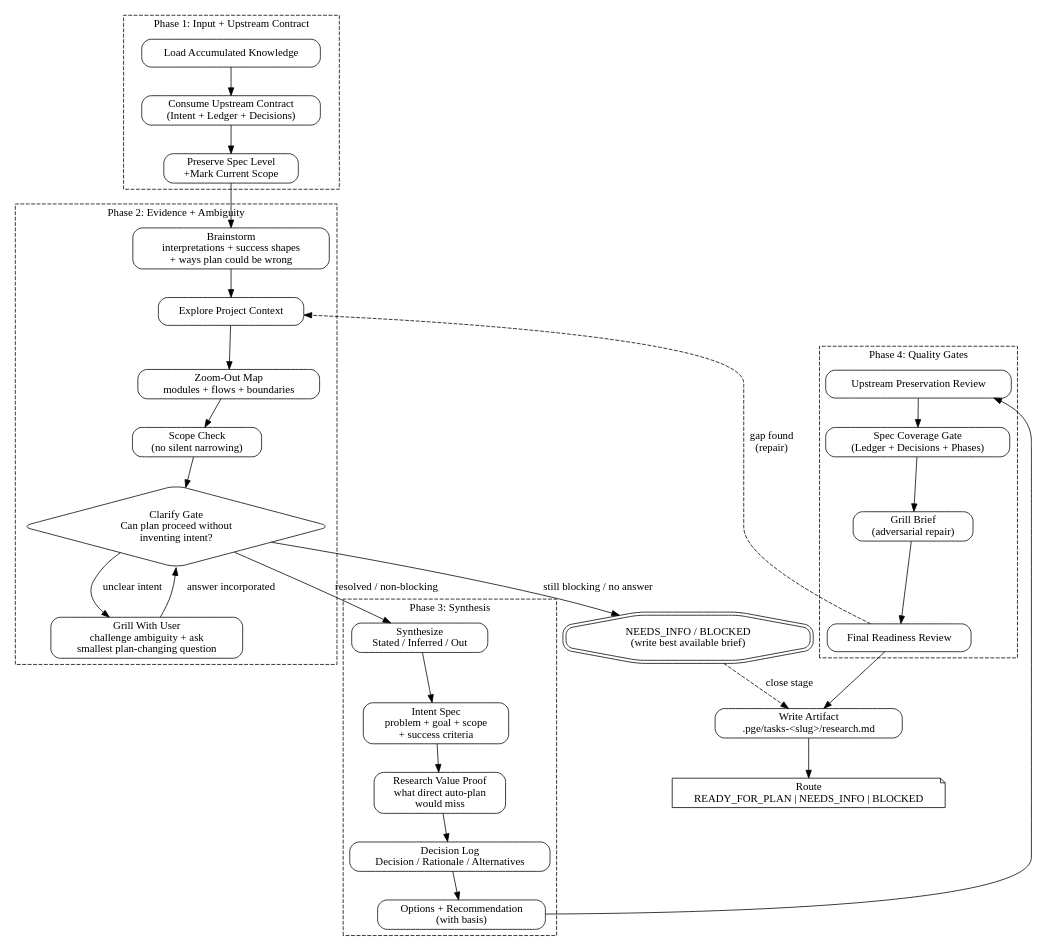
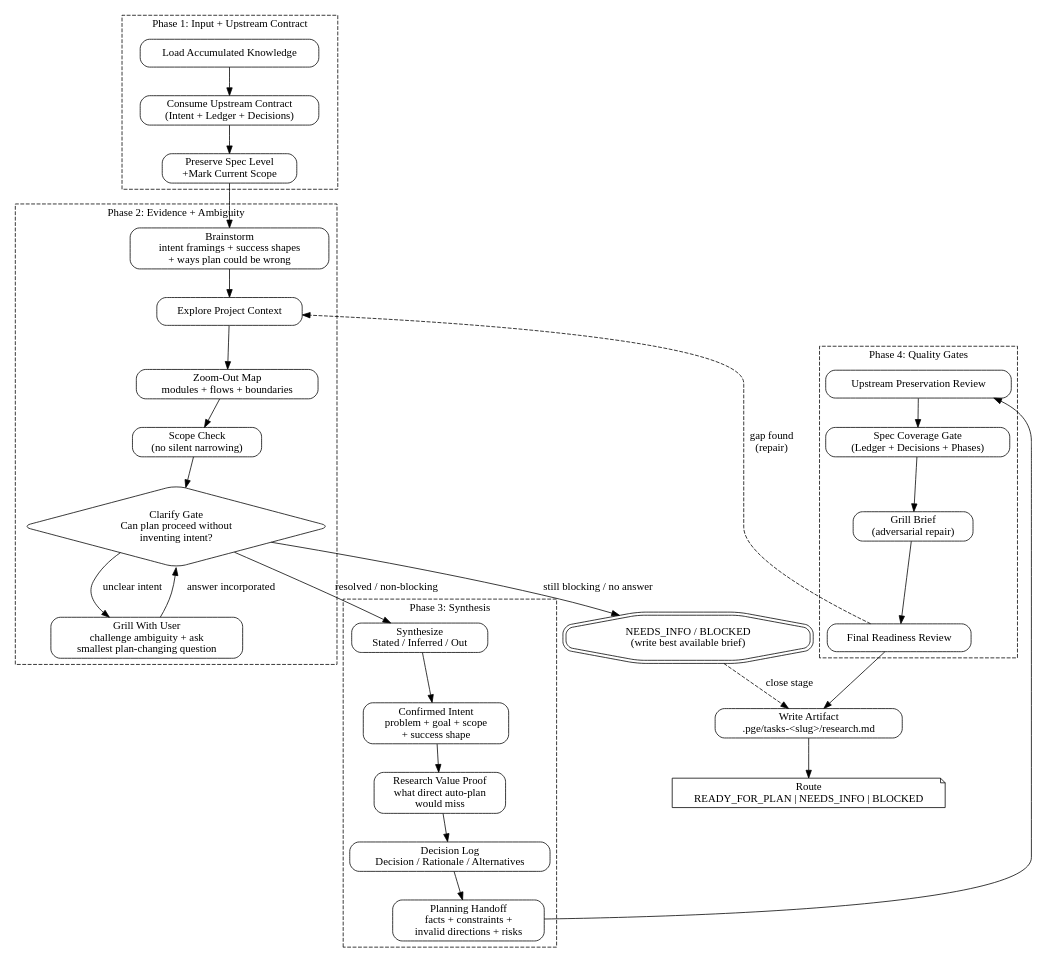
The diagram in skills/pge-research/SKILL.md (feng-y/pge), drawn with Graphviz before and after one commit. The commit also changed other lines of this file, not shown here.

Commit message:
feat(research-plan-boundary-rework): replace research contract with v2 schema [pge-exec issue 1]

````diff
--- a/skills/pge-research/SKILL.md
+++ b/skills/pge-research/SKILL.md
@@ -63,63 +90,63 @@
 ```dot
 digraph pge_research {
   rankdir=TB;
   node [shape=box, style=rounded];
 
   subgraph cluster_phase1 {
     label="Phase 1: Input + Upstream Contract";
     style=dashed;
     load_knowledge [label="Load Accumulated Knowledge"];
     consume_upstream [label="Consume Upstream Contract\n(Intent + Ledger + Decisions)"];
     preserve_spec [label="Preserve Spec Level\n+Mark Current Scope"];
     load_knowledge -> consume_upstream -> preserve_spec;
   }
 
   subgraph cluster_phase2 {
     label="Phase 2: Evidence + Ambiguity";
     style=dashed;
-    intent_brainstorm [label="Brainstorm\ninterpretations + success shapes\n+ ways plan could be wrong"];
+    intent_brainstorm [label="Brainstorm\nintent framings + success shapes\n+ ways plan could be wrong"];
     explore_context [label="Explore Project Context"];
     zoom_out [label="Zoom-Out Map\nmodules + flows + boundaries"];
     scope_check [label="Scope Check\n(no silent narrowing)"];
     clarify_gate [label="Clarify Gate\nCan plan proceed without\ninventing intent?", shape=diamond];
     grill_user [label="Grill With User\nchallenge ambiguity + ask\nsmallest plan-changing question"];
     intent_brainstorm -> explore_context -> zoom_out -> scope_check -> clarify_gate;
   }
 
   needs_info [label="NEEDS_INFO / BLOCKED\n(write best available brief)", shape=doubleoctagon];
   clarify_gate -> grill_user [label="unclear intent"];
   grill_user -> clarify_gate [label="answer incorporated"];
   clarify_gate -> needs_info [label="still blocking / no answer"];
 
   subgraph cluster_phase3 {
     label="Phase 3: Synthesis";
     style=dashed;
     synthesize [label="Synthesize\nStated / Inferred / Out"];
-    intent_spec [label="Intent Spec\nproblem + goal + scope\n+ success criteria"];
+    confirmed_intent [label="Confirmed Intent\nproblem + goal + scope\n+ success shape"];
     value_proof [label="Research Value Proof\nwhat direct auto-plan\nwould miss"];
     decisions [label="Decision Log\nDecision / Rationale / Alternatives"];
-    options [label="Options + Recommendation\n(with basis)"];
-    synthesize -> intent_spec -> value_proof -> decisions -> options;
+    planning_handoff [label="Planning Handoff\nfacts + constraints +\ninvalid directions + risks"];
+    synthesize -> confirmed_intent -> value_proof -> decisions -> planning_handoff;
   }
 
   subgraph cluster_phase4 {
     label="Phase 4: Quality Gates";
     style=dashed;
     preservation [label="Upstream Preservation Review"];
     coverage [label="Spec Coverage Gate\n(Ledger + Decisions + Phases)"];
     grill [label="Grill Brief\n(adversarial repair)"];
     readiness [label="Final Readiness Review"];
     preservation -> coverage -> grill -> readiness;
   }
 
   write_artifact [label="Write Artifact\n.pge/tasks-<slug>/research.md"];
   route [label="Route\nREADY_FOR_PLAN | NEEDS_INFO | BLOCKED", shape=note];
 
   preserve_spec -> intent_brainstorm;
   clarify_gate -> synthesize [label="resolved / non-blocking"];
   needs_info -> write_artifact [label="close stage", style=dashed];
-  options -> preservation;
+  planning_handoff -> preservation;
   readiness -> write_artifact -> route;
   readiness -> explore_context [label="gap found\n(repair)", style=dashed];
 }
 ```
````
